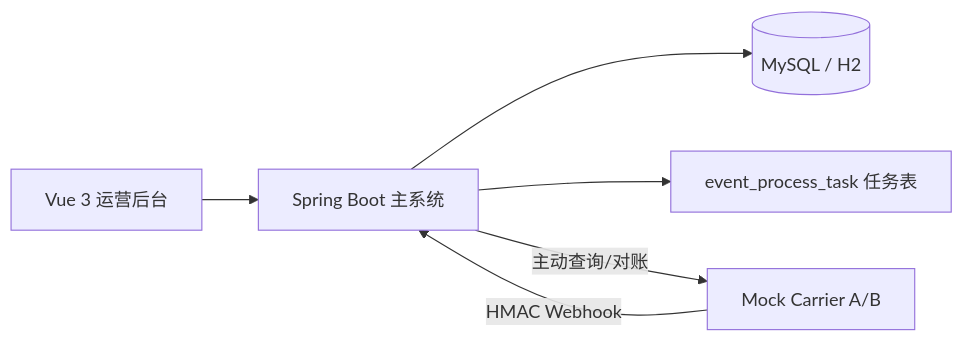
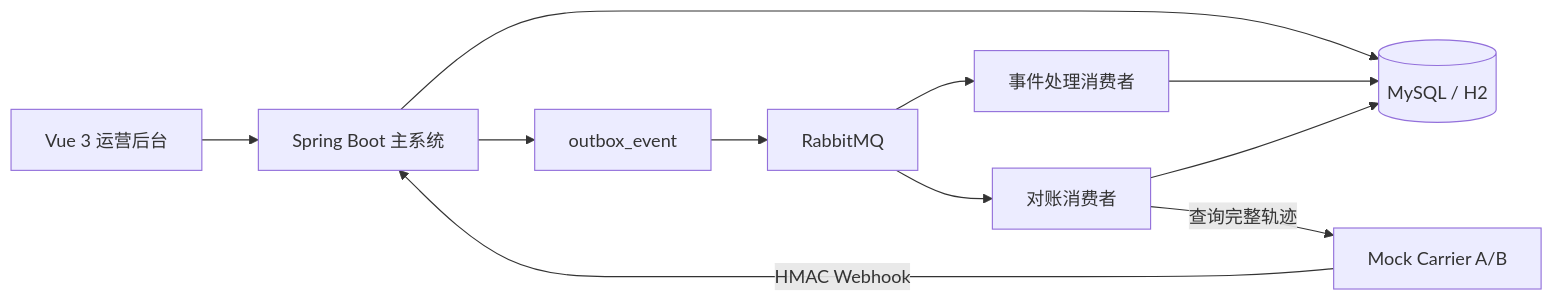
Before and after one commit to feifeifeiyangyangyang/TrackFlow: the diagram in README.md, drawn with Mermaid. The commit also changed other lines of this file and 48 other files, not shown here.

Commit message:
Improve TrackFlow interview-ready backend architecture

````diff
--- a/README.md
+++ b/README.md
@@ -19,8 +21,13 @@
 ```mermaid
 flowchart LR
-  Web[Vue 3 运营后台] --> Server[Spring Boot 主系统]
-  Server --> DB[(MySQL / H2)]
-  Server --> Task[event_process_task 任务表]
-  Mock[Mock Carrier A/B] -->|HMAC Webhook| Server
-  Server -->|主动查询/对账| Mock
+  Web["Vue 3 运营后台"] --> Server["Spring Boot 主系统"]
+  Mock["Mock Carrier A/B"] -->|"HMAC Webhook"| Server
+  Server --> DB[("MySQL / H2")]
+  Server --> Outbox["outbox_event"]
+  Outbox --> Rabbit["RabbitMQ"]
+  Rabbit --> EventConsumer["事件处理消费者"]
+  Rabbit --> ReconConsumer["对账消费者"]
+  EventConsumer --> DB
+  ReconConsumer -->|"查询完整轨迹"| Mock
+  ReconConsumer --> DB
 ```
````
